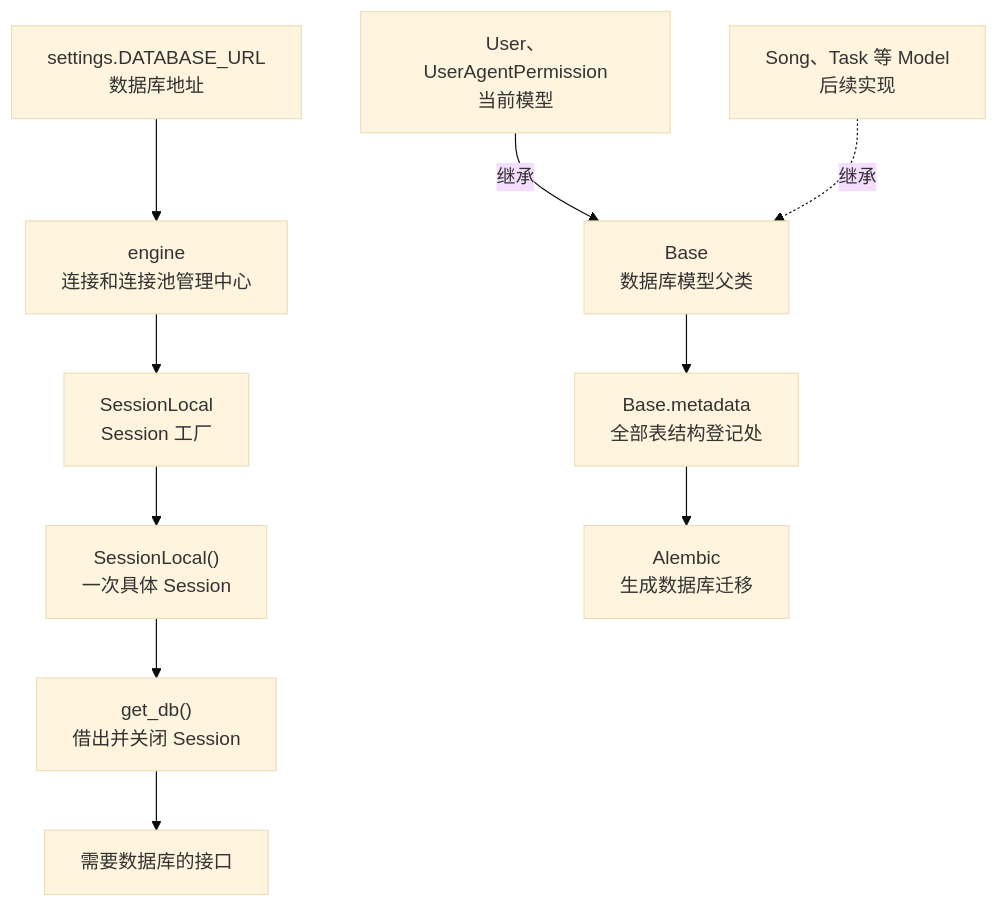
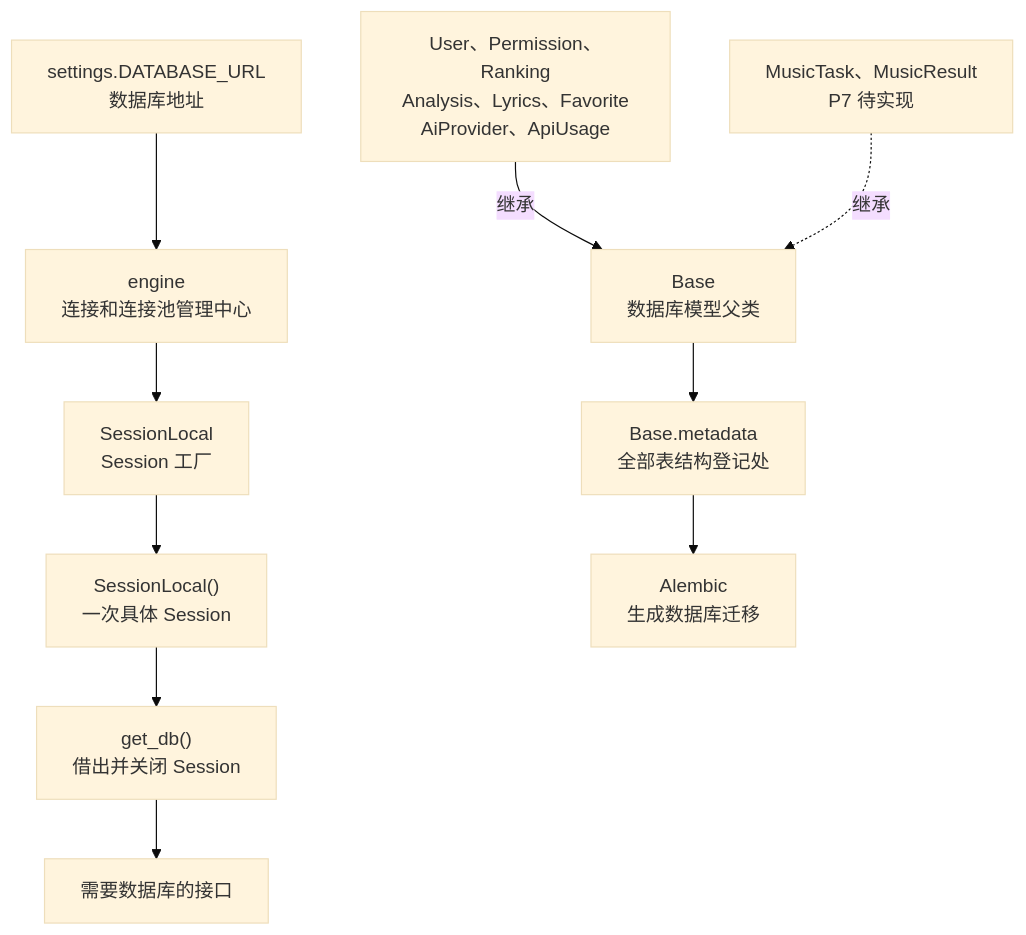
The sixth of 10 diagrams in projects/blue-music-platform/项目知识图谱.md (sunjiaxing520/SunJX), drawn with Mermaid (base theme) before and after one commit. The commit also changed other lines of this file and 10 other files, not shown here.

````diff
--- a/projects/blue-music-platform/项目知识图谱.md
+++ b/projects/blue-music-platform/项目知识图谱.md
@@ -149,24 +151,24 @@
 ```mermaid
 flowchart TD
     URL["settings.DATABASE_URL<br/>数据库地址"]
     Engine["engine<br/>连接和连接池管理中心"]
     Factory["SessionLocal<br/>Session 工厂"]
     Session["SessionLocal()<br/>一次具体 Session"]
     GetDB["get_db()<br/>借出并关闭 Session"]
     Route["需要数据库的接口"]
     Base["Base<br/>数据库模型父类"]
     Metadata["Base.metadata<br/>全部表结构登记处"]
-    CurrentModels["User、UserAgentPermission<br/>当前模型"]
-    FutureModels["Song、Task 等 Model<br/>后续实现"]
+    CurrentModels["User、Permission、Ranking<br/>Analysis、Lyrics、Favorite<br/>AiProvider、ApiUsage"]
+    FutureModels["MusicTask、MusicResult<br/>P7 待实现"]
     Alembic["Alembic<br/>生成数据库迁移"]
 
     URL --> Engine
     Engine --> Factory
     Factory --> Session
     Session --> GetDB
     GetDB --> Route
     Base --> Metadata
     CurrentModels -->|继承| Base
     FutureModels -.->|继承| Base
     Metadata --> Alembic
 ```
````
